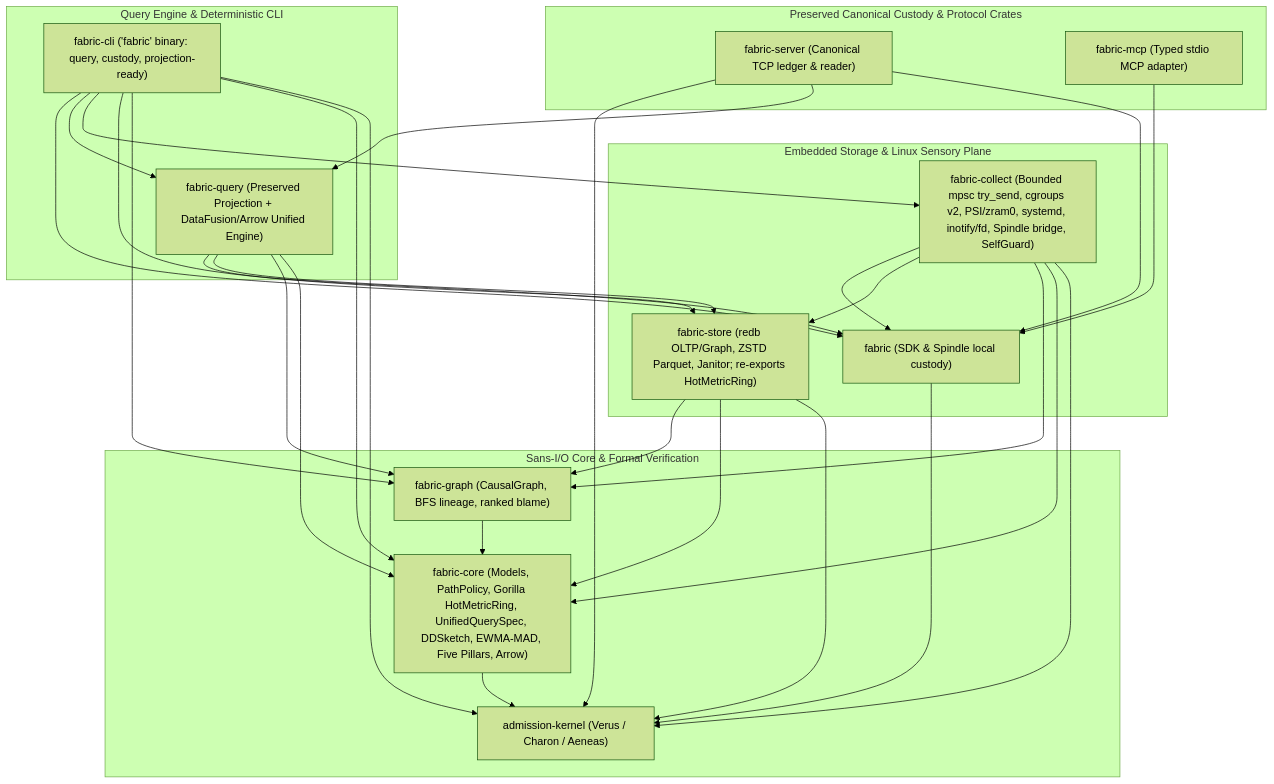
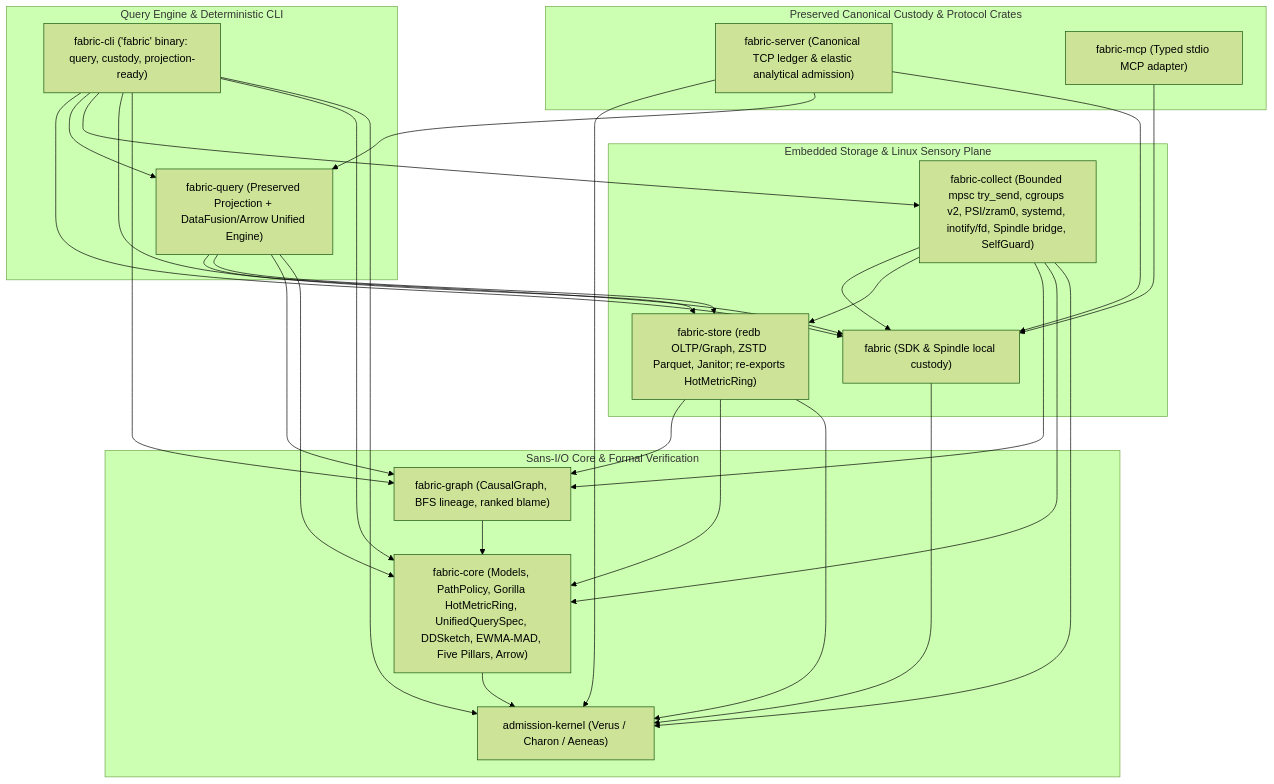
The first of 9 diagrams in docs/architecture.md (kmosoti/FabricO11y), drawn with Mermaid (forest theme) before and after one commit. The commit also changed other lines of this file and 17 other files, not shown here.

````diff
--- a/docs/architecture.md
+++ b/docs/architecture.md
@@ -9,50 +9,50 @@
 ```mermaid
 flowchart TD
     subgraph SansIO["Sans-I/O Core & Formal Verification"]
         AK["admission-kernel (Verus / Charon / Aeneas)"]
         FC["fabric-core (Models, PathPolicy, Gorilla HotMetricRing, UnifiedQuerySpec, DDSketch, EWMA-MAD, Five Pillars, Arrow)"]
         FG["fabric-graph (CausalGraph, BFS lineage, ranked blame)"]
         FC --> AK
         FG --> FC
     end
 
     subgraph StorageAndCollection["Embedded Storage & Linux Sensory Plane"]
         FS["fabric-store (redb OLTP/Graph, ZSTD Parquet, Janitor; re-exports HotMetricRing)"]
         COL["fabric-collect (Bounded mpsc try_send, cgroups v2, PSI/zram0, systemd, inotify/fd, Spindle bridge, SelfGuard)"]
         FS --> AK
         FS --> FC
         FS --> FG
         COL --> AK
         COL --> FC
         COL --> FG
         COL --> FS
         COL --> FAB
     end
 
     subgraph QueryAndCLI["Query Engine & Deterministic CLI"]
         FQ["fabric-query (Preserved Projection + DataFusion/Arrow Unified Engine)"]
         CLI["fabric-cli ('fabric' binary: query, custody, projection-ready)"]
         FQ --> FC
         FQ --> FG
         FQ --> FS
         FQ --> FAB
         CLI --> AK
         CLI --> FC
         CLI --> FG
         CLI --> FS
         CLI --> COL
         CLI --> FQ
         CLI --> FAB
     end
 
     subgraph PreservedCustody["Preserved Canonical Custody & Protocol Crates"]
         FAB["fabric (SDK & Spindle local custody)"]
-        SRV["fabric-server (Canonical TCP ledger & reader)"]
+        SRV["fabric-server (Canonical TCP ledger & elastic analytical admission)"]
         MCP["fabric-mcp (Typed stdio MCP adapter)"]
         FAB --> AK
         SRV --> FAB
         SRV --> FQ
         SRV --> AK
         MCP --> FAB
     end
 ```
````
